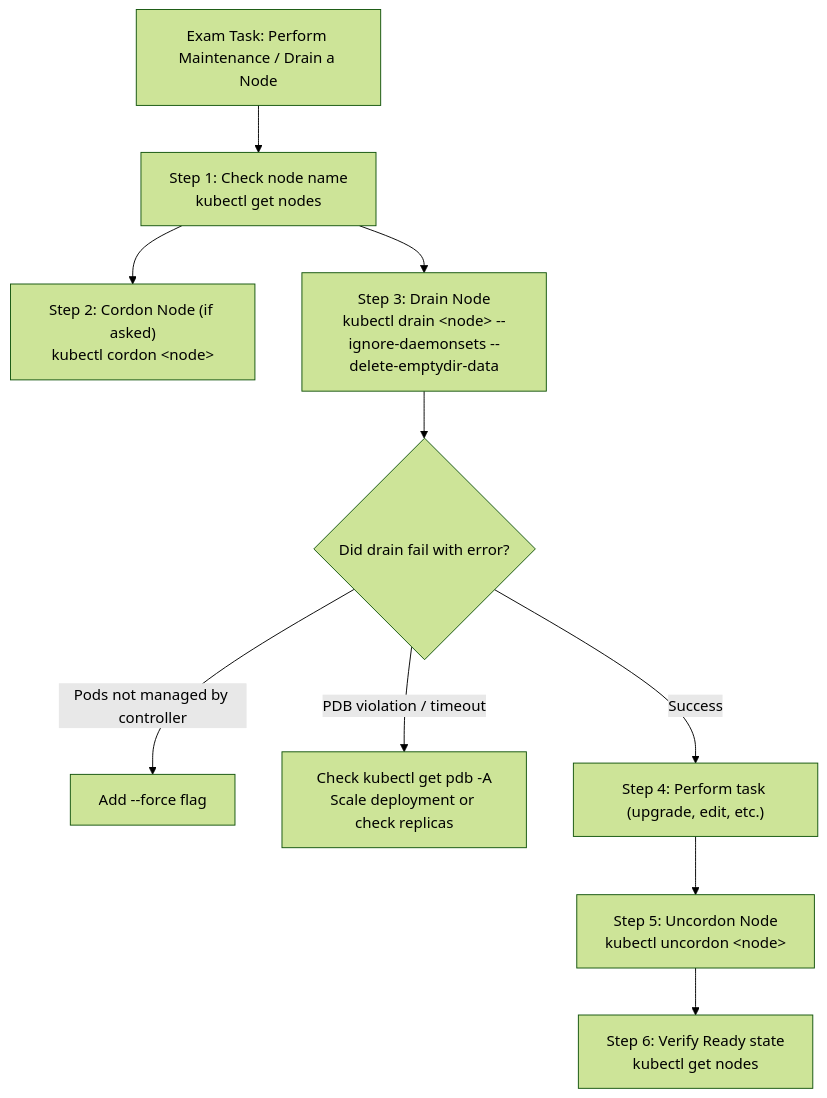
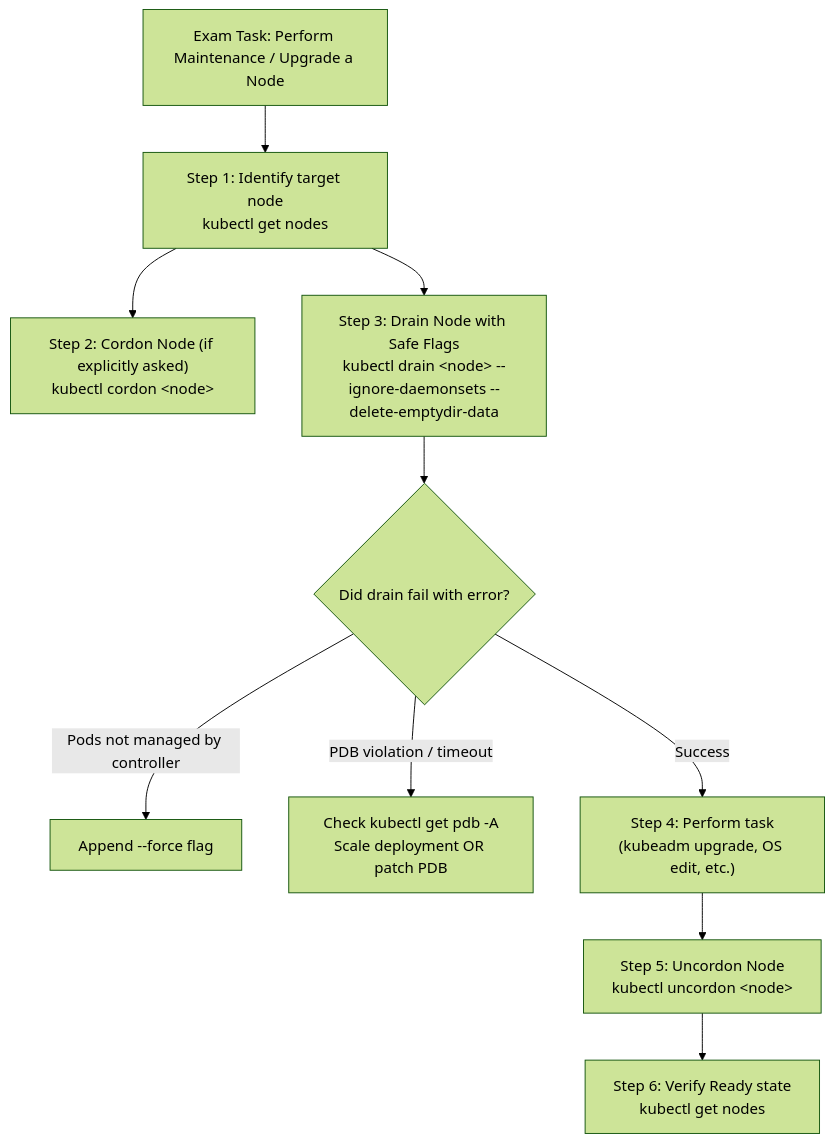
The eighth of 8 diagrams in exercises/08-node-drain-cordon/README.md (rupesh9999/CKA-Certified-Kubernetes-Administrator), drawn with Mermaid (forest theme) before and after one commit. The commit also changed other lines of this file, not shown here.

Commit message:
docs: add advanced sections on static pods, zero-downtime drain, PDB policies, and local PV storage dynamics

````diff
--- a/exercises/08-node-drain-cordon/README.md
+++ b/exercises/08-node-drain-cordon/README.md
@@ -922,12 +1312,12 @@
 ```mermaid
 flowchart TD
-    Prompt["Exam Task: Perform Maintenance / Drain a Node"] --> Step1["Step 1: Check node name<br/>kubectl get nodes"]
-    Step1 --> Step2["Step 2: Cordon Node (if asked)<br/>kubectl cordon &lt;node&gt;"]
-    Step1 --> Step3["Step 3: Drain Node<br/>kubectl drain &lt;node&gt; --ignore-daemonsets --delete-emptydir-data"]
+    Prompt["Exam Task: Perform Maintenance / Upgrade a Node"] --> Step1["Step 1: Identify target node<br/>kubectl get nodes"]
+    Step1 --> Step2["Step 2: Cordon Node (if explicitly asked)<br/>kubectl cordon &lt;node&gt;"]
+    Step1 --> Step3["Step 3: Drain Node with Safe Flags<br/>kubectl drain &lt;node&gt; --ignore-daemonsets --delete-emptydir-data"]
     Step3 --> CheckFail{"Did drain fail with error?"}
-    CheckFail -->|"Pods not managed by controller"| AddForce["Add --force flag"]
-    CheckFail -->|"PDB violation / timeout"| CheckPDB["Check kubectl get pdb -A<br/>Scale deployment or check replicas"]
-    CheckFail -->|"Success"| Step4["Step 4: Perform task (upgrade, edit, etc.)"]
+    CheckFail -->|"Pods not managed by controller"| AddForce["Append --force flag"]
+    CheckFail -->|"PDB violation / timeout"| CheckPDB["Check kubectl get pdb -A<br/>Scale deployment OR patch PDB"]
+    CheckFail -->|"Success"| Step4["Step 4: Perform task<br/>(kubeadm upgrade, OS edit, etc.)"]
     Step4 --> Step5["Step 5: Uncordon Node<br/>kubectl uncordon &lt;node&gt;"]
     Step5 --> Step6["Step 6: Verify Ready state<br/>kubectl get nodes"]
 ```
````
